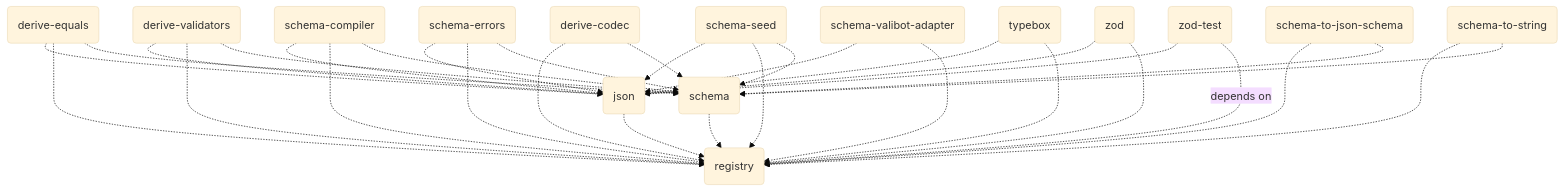
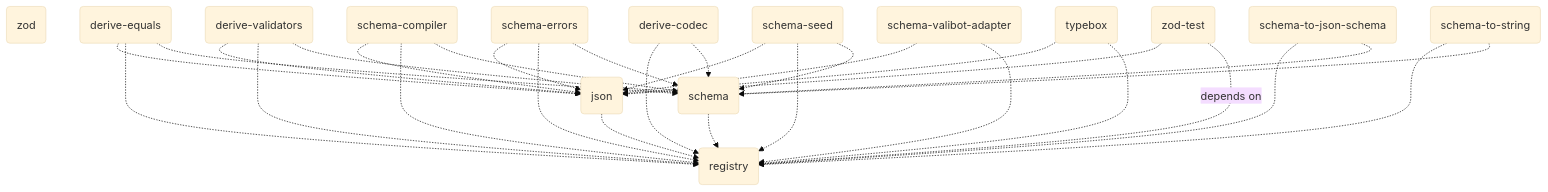
The diagram in README.md (traversable/schema), drawn with Mermaid (base theme) before and after one commit. The commit also changed 36 other files, not shown here.

````diff
--- a/README.md
+++ b/README.md
@@ -497,35 +497,34 @@
 ```mermaid
 flowchart TD
     registry(registry)
+    zod(zod)
     json(json) -.-> registry(registry)
     schema(schema) -.-> registry(registry)
     derive-codec(derive-codec) -.-> registry(registry)
     derive-codec(derive-codec) -.-> schema(schema)
     derive-equals(derive-equals) -.-> json(json)
     derive-equals(derive-equals) -.-> registry(registry)
     derive-equals(derive-equals) -.-> schema(schema)
     derive-validators(derive-validators) -.-> json(json)
     derive-validators(derive-validators) -.-> registry(registry)
     derive-validators(derive-validators) -.-> schema(schema)
     schema-compiler(schema-compiler) -.-> json(json)
     schema-compiler(schema-compiler) -.-> registry(registry)
     schema-compiler(schema-compiler) -.-> schema(schema)
     schema-errors(schema-errors) -.-> json(json)
     schema-errors(schema-errors) -.-> registry(registry)
     schema-errors(schema-errors) -.-> schema(schema)
     schema-seed(schema-seed) -.-> json(json)
     schema-seed(schema-seed) -.-> registry(registry)
     schema-seed(schema-seed) -.-> schema(schema)
     schema-to-json-schema(schema-to-json-schema) -.-> registry(registry)
     schema-to-json-schema(schema-to-json-schema) -.-> schema(schema)
     schema-to-string(schema-to-string) -.-> registry(registry)
     schema-to-string(schema-to-string) -.-> schema(schema)
     schema-valibot-adapter(schema-valibot-adapter) -.-> json(json)
     schema-valibot-adapter(schema-valibot-adapter) -.-> registry(registry)
     typebox(typebox) -.-> json(json)
     typebox(typebox) -.-> registry(registry)
-    zod(zod) -.-> json(json)
-    zod(zod) -.-> registry(registry)
     zod-test(zod-test) -.-> json(json)
     zod-test(zod-test) -.depends on.-> registry(registry)
 ```
````
